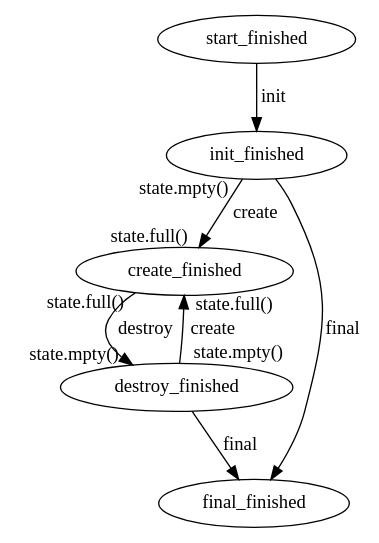
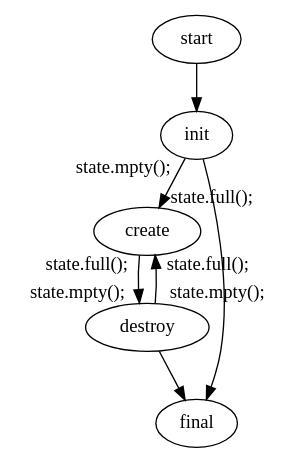
One commit to nesl/lighthouse changed the diagram in src/fsm/transitionCheck/example/memory.dot. Above: the diagram before and after it, drawn with Graphviz. The commit also changed 1 other file, not shown here.

```diff
--- a/src/fsm/transitionCheck/example/memory.dot
+++ b/src/fsm/transitionCheck/example/memory.dot
@@ -1,23 +1,21 @@
 digraph memory {
 
-    size=10;
+    start -> init 
+        [taillabel="",headlabel=""];
     
-    start_finished -> init_finished 
-        [label="init",taillabel="",headlabel=""];
+    init -> create
+        [taillabel="state.mpty();",headlabel="state.full();"];
     
-    init_finished -> create_finished
-        [label="create",taillabel="state.mpty()",headlabel="state.full()"];
-    
-    init_finished -> final_finished 
-        [label="final",taillabel="",headlabel=""];
+    init -> final
+        [taillabel="",headlabel=""];
 
-    create_finished -> destroy_finished 
-        [label="destroy",taillabel="state.full()",headlabel="state.mpty()"];
+    create -> destroy
+        [taillabel="state.full();",headlabel="state.mpty();"];
 
-    destroy_finished -> create_finished 
-        [label="create",taillabel="state.mpty()",headlabel="state.full()"];
+    destroy -> create
+        [taillabel="state.mpty();",headlabel="state.full();"];
 
-    destroy_finished -> final_finished 
-        [label="final",taillabel="",headlabel=""];
+    destroy -> final
+        [taillabel="",headlabel=""];
 
 }
```
